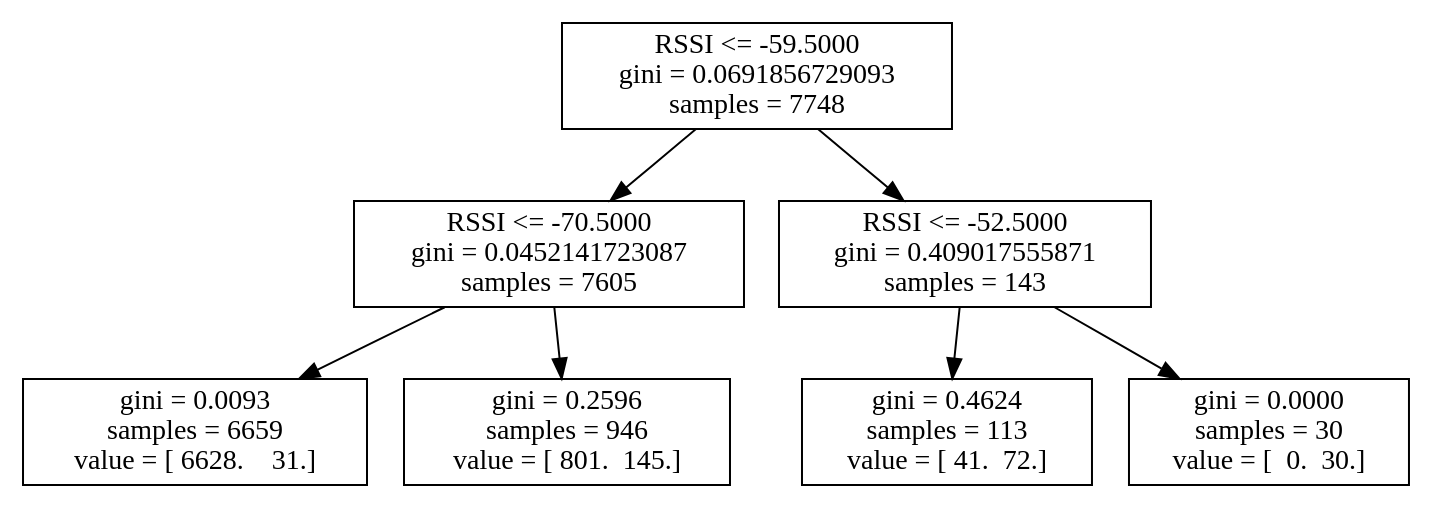
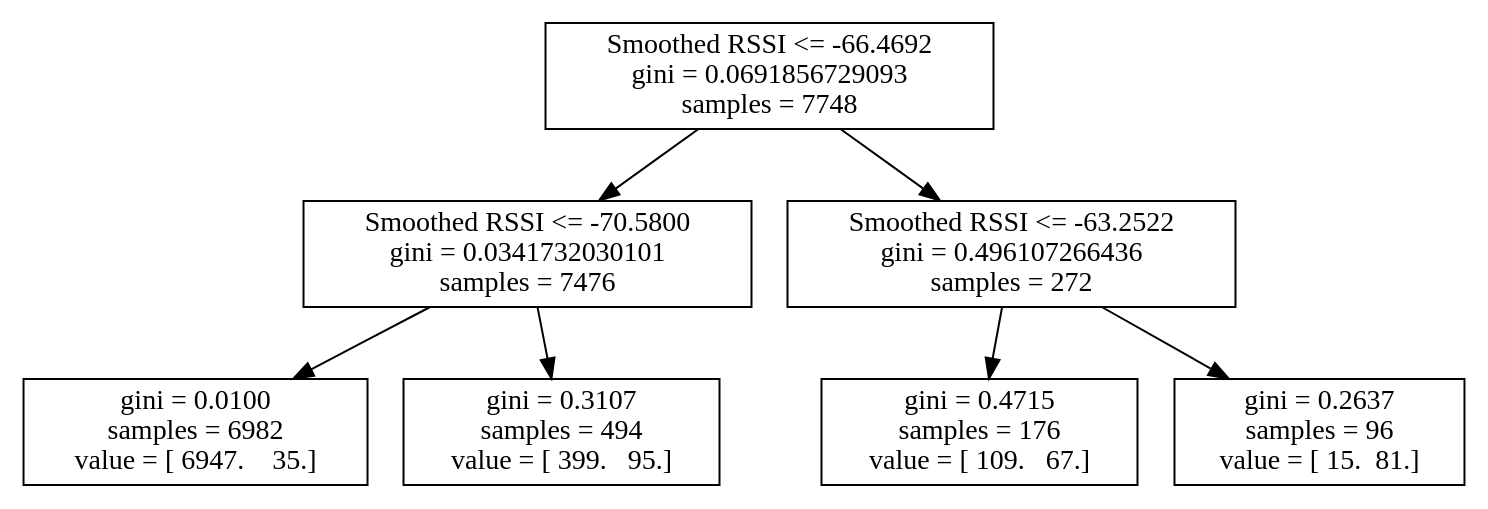
Before and after one commit to atitus5/6s062-Project: the diagram in logs/4_19/log23.dot, drawn with Graphviz. The commit also changed 75 other files, not shown here.

```diff
--- a/logs/4_19/log23.dot
+++ b/logs/4_19/log23.dot
@@ -1,15 +1,15 @@
 digraph Tree {
-0 [label="RSSI <= -59.5000\ngini = 0.0691856729093\nsamples = 7748", shape="box"] ;
-1 [label="RSSI <= -70.5000\ngini = 0.0452141723087\nsamples = 7605", shape="box"] ;
+0 [label="Smoothed RSSI <= -66.4692\ngini = 0.0691856729093\nsamples = 7748", shape="box"] ;
+1 [label="Smoothed RSSI <= -70.5800\ngini = 0.0341732030101\nsamples = 7476", shape="box"] ;
 0 -> 1 ;
-2 [label="gini = 0.0093\nsamples = 6659\nvalue = [ 6628.    31.]", shape="box"] ;
+2 [label="gini = 0.0100\nsamples = 6982\nvalue = [ 6947.    35.]", shape="box"] ;
 1 -> 2 ;
-3 [label="gini = 0.2596\nsamples = 946\nvalue = [ 801.  145.]", shape="box"] ;
+3 [label="gini = 0.3107\nsamples = 494\nvalue = [ 399.   95.]", shape="box"] ;
 1 -> 3 ;
-4 [label="RSSI <= -52.5000\ngini = 0.409017555871\nsamples = 143", shape="box"] ;
+4 [label="Smoothed RSSI <= -63.2522\ngini = 0.496107266436\nsamples = 272", shape="box"] ;
 0 -> 4 ;
-5 [label="gini = 0.4624\nsamples = 113\nvalue = [ 41.  72.]", shape="box"] ;
+5 [label="gini = 0.4715\nsamples = 176\nvalue = [ 109.   67.]", shape="box"] ;
 4 -> 5 ;
-6 [label="gini = 0.0000\nsamples = 30\nvalue = [  0.  30.]", shape="box"] ;
+6 [label="gini = 0.2637\nsamples = 96\nvalue = [ 15.  81.]", shape="box"] ;
 4 -> 6 ;
 }
```
